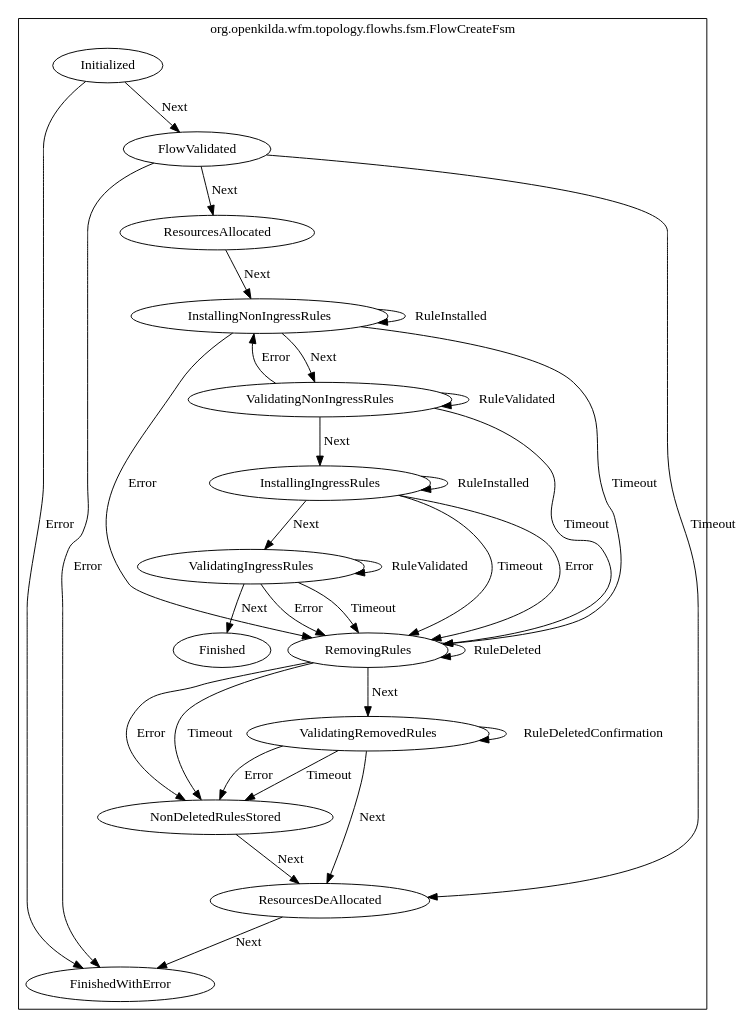
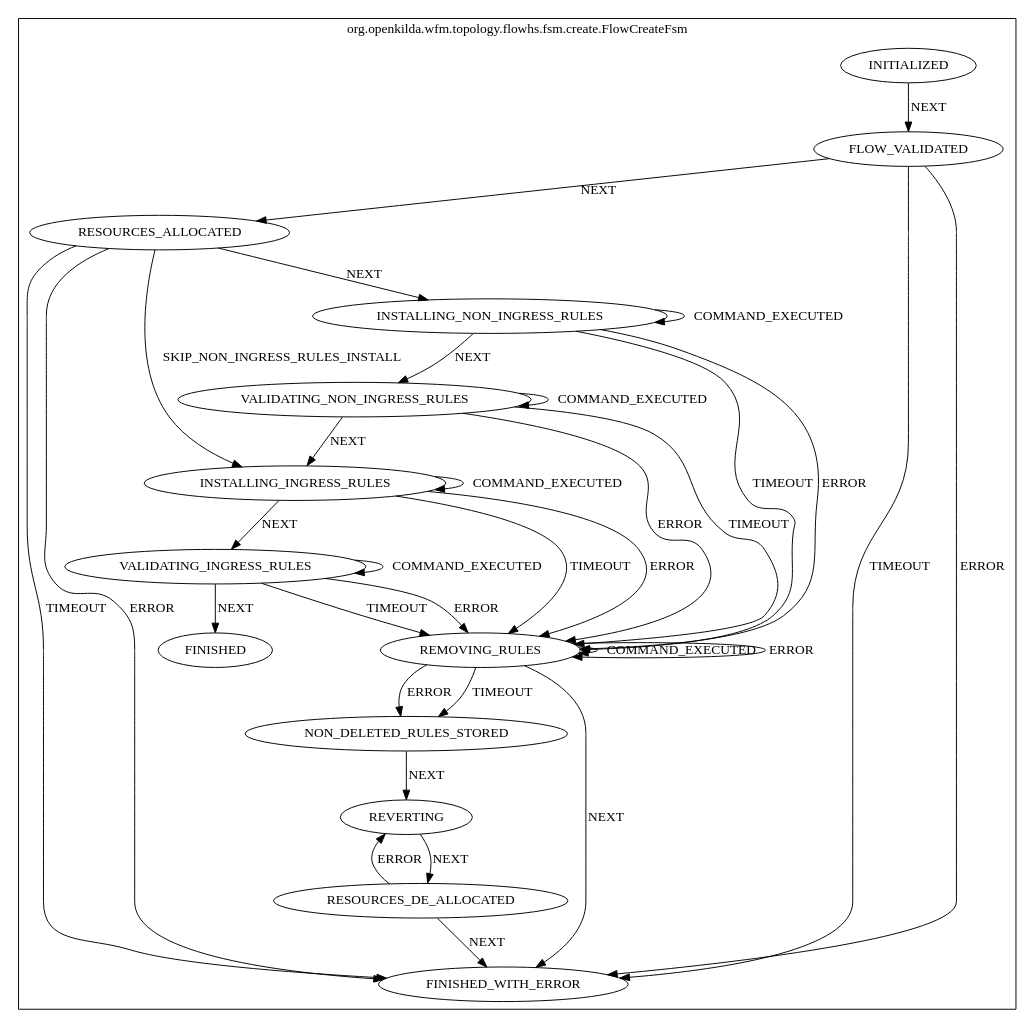
Before and after one commit to telstra/open-kilda: the diagram in docs/design/hub-and-spoke/crud/create/flow-create-fsm.dot, drawn with Graphviz. The commit also changed 1 other file, not shown here.

Commit message:
Updated flow create fsm design

```diff
--- a/docs/design/hub-and-spoke/crud/create/flow-create-fsm.dot
+++ b/docs/design/hub-and-spoke/crud/create/flow-create-fsm.dot
@@ -1,50 +1,51 @@
 digraph {
 compound=true;
 subgraph cluster_StateMachine {
-label="org.openkilda.wfm.topology.flowhs.fsm.FlowCreateFsm";
-NonDeletedRulesStored [label="NonDeletedRulesStored"];
-InstallingNonIngressRules [label="InstallingNonIngressRules"];
-FinishedWithError [label="FinishedWithError"];
-Initialized [label="Initialized"];
-InstallingIngressRules [label="InstallingIngressRules"];
-RemovingRules [label="RemovingRules"];
-ValidatingIngressRules [label="ValidatingIngressRules"];
-ResourcesAllocated [label="ResourcesAllocated"];
-ResourcesDeAllocated [label="ResourcesDeAllocated"];
-ValidatingRemovedRules [label="ValidatingRemovedRules"];
-FlowValidated [label="FlowValidated"];
-ValidatingNonIngressRules [label="ValidatingNonIngressRules"];
-Finished [label="Finished"];
+label="org.openkilda.wfm.topology.flowhs.fsm.create.FlowCreateFsm";
+INSTALLING_INGRESS_RULES [label="INSTALLING_INGRESS_RULES"];
+FLOW_VALIDATED [label="FLOW_VALIDATED"];
+REVERTING [label="REVERTING"];
+REMOVING_RULES [label="REMOVING_RULES"];
+NON_DELETED_RULES_STORED [label="NON_DELETED_RULES_STORED"];
+INITIALIZED [label="INITIALIZED"];
+VALIDATING_NON_INGRESS_RULES [label="VALIDATING_NON_INGRESS_RULES"];
+FINISHED [label="FINISHED"];
+RESOURCES_DE_ALLOCATED [label="RESOURCES_DE_ALLOCATED"];
+RESOURCES_ALLOCATED [label="RESOURCES_ALLOCATED"];
+VALIDATING_INGRESS_RULES [label="VALIDATING_INGRESS_RULES"];
+INSTALLING_NON_INGRESS_RULES [label="INSTALLING_NON_INGRESS_RULES"];
+FINISHED_WITH_ERROR [label="FINISHED_WITH_ERROR"];
 
-NonDeletedRulesStored -> ResourcesDeAllocated [ label="Next"];
-InstallingNonIngressRules -> InstallingNonIngressRules [ label="RuleInstalled"];
-InstallingNonIngressRules -> ValidatingNonIngressRules [ label="Next"];
-InstallingNonIngressRules -> RemovingRules [ label="Timeout"];
-InstallingNonIngressRules -> RemovingRules [ label="Error"];
-Initialized -> FlowValidated [ label="Next"];
-Initialized -> FinishedWithError [ label="Error"];
-InstallingIngressRules -> InstallingIngressRules [ label="RuleInstalled"];
-InstallingIngressRules -> ValidatingIngressRules [ label="Next"];
-InstallingIngressRules -> RemovingRules [ label="Timeout"];
-InstallingIngressRules -> RemovingRules [ label="Error"];
-RemovingRules -> RemovingRules [ label="RuleDeleted"];
-RemovingRules -> ValidatingRemovedRules [ label="Next"];
-RemovingRules -> NonDeletedRulesStored [ label="Timeout"];
-RemovingRules -> NonDeletedRulesStored [ label="Error"];
-ValidatingIngressRules -> ValidatingIngressRules [ label="RuleValidated"];
-ValidatingIngressRules -> Finished [ label="Next"];
-ValidatingIngressRules -> RemovingRules [ label="Timeout"];
-ValidatingIngressRules -> RemovingRules [ label="Error"];
-ResourcesAllocated -> InstallingNonIngressRules [ label="Next"];
-ResourcesDeAllocated -> FinishedWithError [ label="Next"];
-ValidatingRemovedRules -> ValidatingRemovedRules [ label="RuleDeletedConfirmation"];
-ValidatingRemovedRules -> ResourcesDeAllocated [ label="Next"];
-ValidatingRemovedRules -> NonDeletedRulesStored [ label="Timeout"];
-ValidatingRemovedRules -> NonDeletedRulesStored [ label="Error"];
-FlowValidated -> ResourcesAllocated [ label="Next"];
-FlowValidated -> ResourcesDeAllocated [ label="Timeout"];
-FlowValidated -> FinishedWithError [ label="Error"];
-ValidatingNonIngressRules -> ValidatingNonIngressRules [ label="RuleValidated"];
-ValidatingNonIngressRules -> InstallingIngressRules [ label="Next"];
-ValidatingNonIngressRules -> RemovingRules [ label="Timeout"];
-ValidatingNonIngressRules -> InstallingNonIngressRules [ label="Error"];}}
+INSTALLING_INGRESS_RULES -> INSTALLING_INGRESS_RULES [ label="COMMAND_EXECUTED"];
+INSTALLING_INGRESS_RULES -> VALIDATING_INGRESS_RULES [ label="NEXT"];
+INSTALLING_INGRESS_RULES -> REMOVING_RULES [ label="TIMEOUT"];
+INSTALLING_INGRESS_RULES -> REMOVING_RULES [ label="ERROR"];
+FLOW_VALIDATED -> RESOURCES_ALLOCATED [ label="NEXT"];
+FLOW_VALIDATED -> FINISHED_WITH_ERROR [ label="TIMEOUT"];
+FLOW_VALIDATED -> FINISHED_WITH_ERROR [ label="ERROR"];
+REVERTING -> RESOURCES_DE_ALLOCATED [ label="NEXT"];
+REMOVING_RULES -> REMOVING_RULES [ label="COMMAND_EXECUTED"];
+REMOVING_RULES -> REMOVING_RULES [ label="ERROR"];
+REMOVING_RULES -> FINISHED_WITH_ERROR [ label="NEXT"];
+REMOVING_RULES -> NON_DELETED_RULES_STORED [ label="TIMEOUT"];
+REMOVING_RULES -> NON_DELETED_RULES_STORED [ label="ERROR"];
+NON_DELETED_RULES_STORED -> REVERTING [ label="NEXT"];
+INITIALIZED -> FLOW_VALIDATED [ label="NEXT"];
+VALIDATING_NON_INGRESS_RULES -> VALIDATING_NON_INGRESS_RULES [ label="COMMAND_EXECUTED"];
+VALIDATING_NON_INGRESS_RULES -> INSTALLING_INGRESS_RULES [ label="NEXT"];
+VALIDATING_NON_INGRESS_RULES -> REMOVING_RULES [ label="TIMEOUT"];
+VALIDATING_NON_INGRESS_RULES -> REMOVING_RULES [ label="ERROR"];
+RESOURCES_DE_ALLOCATED -> REVERTING [ label="ERROR"];
+RESOURCES_DE_ALLOCATED -> FINISHED_WITH_ERROR [ label="NEXT"];
+RESOURCES_ALLOCATED -> INSTALLING_INGRESS_RULES [ label="SKIP_NON_INGRESS_RULES_INSTALL"];
+RESOURCES_ALLOCATED -> INSTALLING_NON_INGRESS_RULES [ label="NEXT"];
+RESOURCES_ALLOCATED -> FINISHED_WITH_ERROR [ label="TIMEOUT"];
+RESOURCES_ALLOCATED -> FINISHED_WITH_ERROR [ label="ERROR"];
+VALIDATING_INGRESS_RULES -> VALIDATING_INGRESS_RULES [ label="COMMAND_EXECUTED"];
+VALIDATING_INGRESS_RULES -> FINISHED [ label="NEXT"];
+VALIDATING_INGRESS_RULES -> REMOVING_RULES [ label="TIMEOUT"];
+VALIDATING_INGRESS_RULES -> REMOVING_RULES [ label="ERROR"];
+INSTALLING_NON_INGRESS_RULES -> INSTALLING_NON_INGRESS_RULES [ label="COMMAND_EXECUTED"];
+INSTALLING_NON_INGRESS_RULES -> VALIDATING_NON_INGRESS_RULES [ label="NEXT"];
+INSTALLING_NON_INGRESS_RULES -> REMOVING_RULES [ label="TIMEOUT"];
+INSTALLING_NON_INGRESS_RULES -> REMOVING_RULES [ label="ERROR"];}}
```
